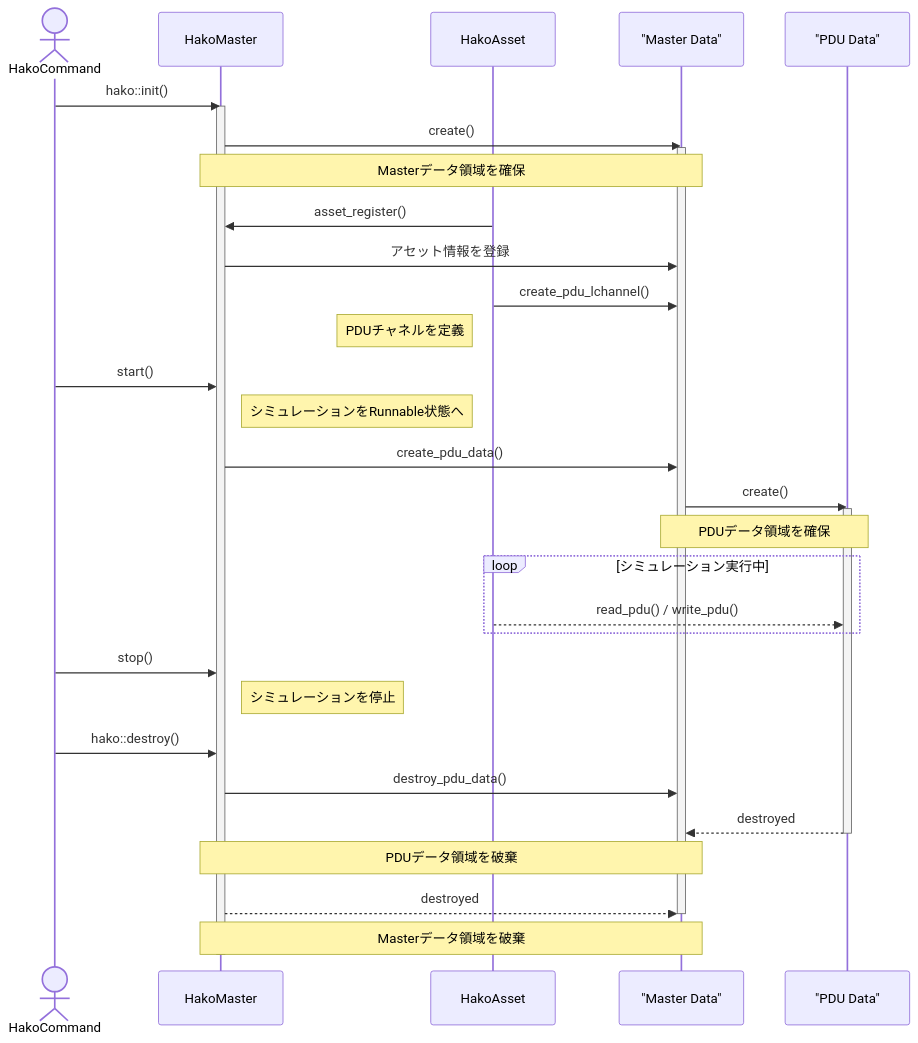
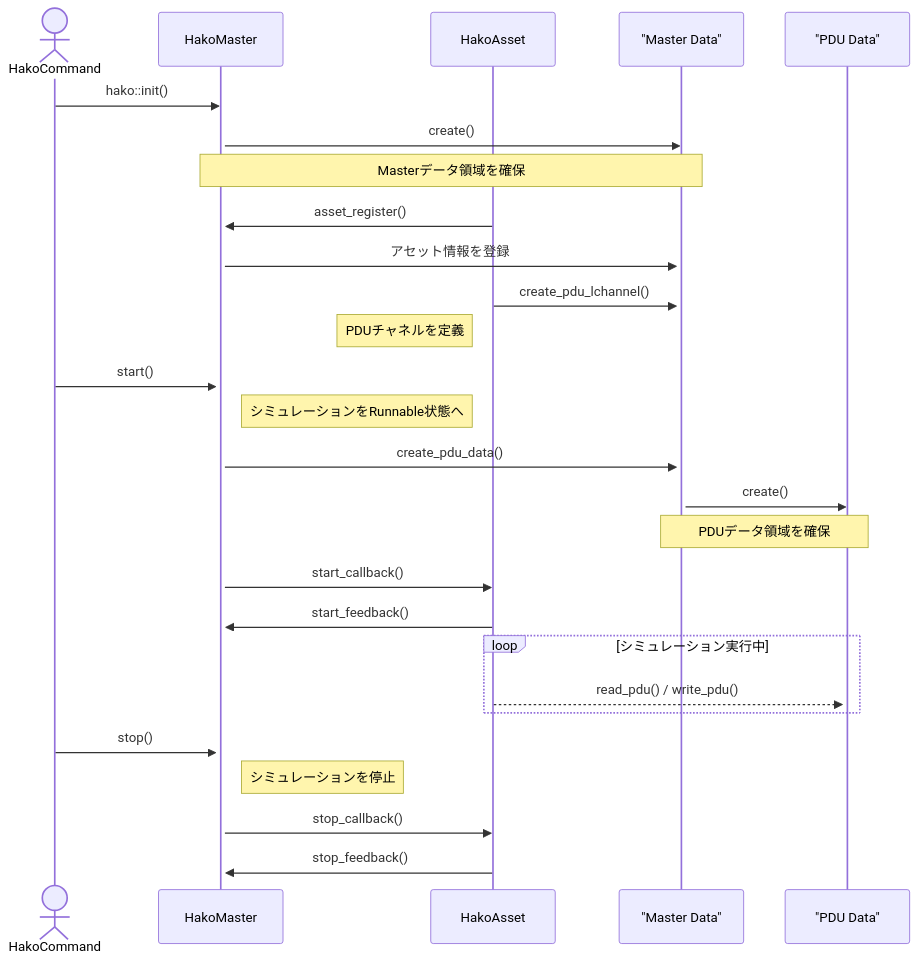
The diagram in README.md (toppers/hakoniwa-core-cpp), drawn with Mermaid before and after one commit.

````diff
--- a/README.md
+++ b/README.md
@@ -20,45 +20,38 @@
 ```mermaid
 sequenceDiagram
     actor Cmd as HakoCommand
     participant Master as HakoMaster
     participant Asset as HakoAsset
     participant MasterData as "Master Data"
     participant PduData as "PDU Data"
 
     Cmd->>Master: hako::init()
     activate Master
     Master->>MasterData: create()
     activate MasterData
     note over Master,MasterData: Masterデータ領域を確保
 
     Asset->>Master: asset_register()
     Master->>MasterData: アセット情報を登録
     Asset->>MasterData: create_pdu_lchannel()
     note left of Asset: PDUチャネルを定義
 
     Cmd->>Master: start()
     note right of Master: シミュレーションをRunnable状態へ
     Master->>MasterData: create_pdu_data()
     MasterData->>PduData: create()
     activate PduData
     note over MasterData,PduData: PDUデータ領域を確保
 
+    Master->>Asset: start_callback()
+    Asset->>Master: start_feedback()
+
     loop シミュレーション実行中
         Asset-->>PduData: read_pdu() / write_pdu()
     end
 
     Cmd->>Master: stop()
     note right of Master: シミュレーションを停止
-
-    Cmd->>Master: hako::destroy()
-    Master->>MasterData: destroy_pdu_data()
-    PduData-->>MasterData: destroyed
-    deactivate PduData
-    note over Master,MasterData: PDUデータ領域を破棄
-
-    Master-->>MasterData: destroyed
-    deactivate MasterData
-    note over Master,MasterData: Masterデータ領域を破棄
-    deactivate Master
-
+    Master->>Asset: stop_callback()
+    Asset->>Master: stop_feedback()
 ```
````
